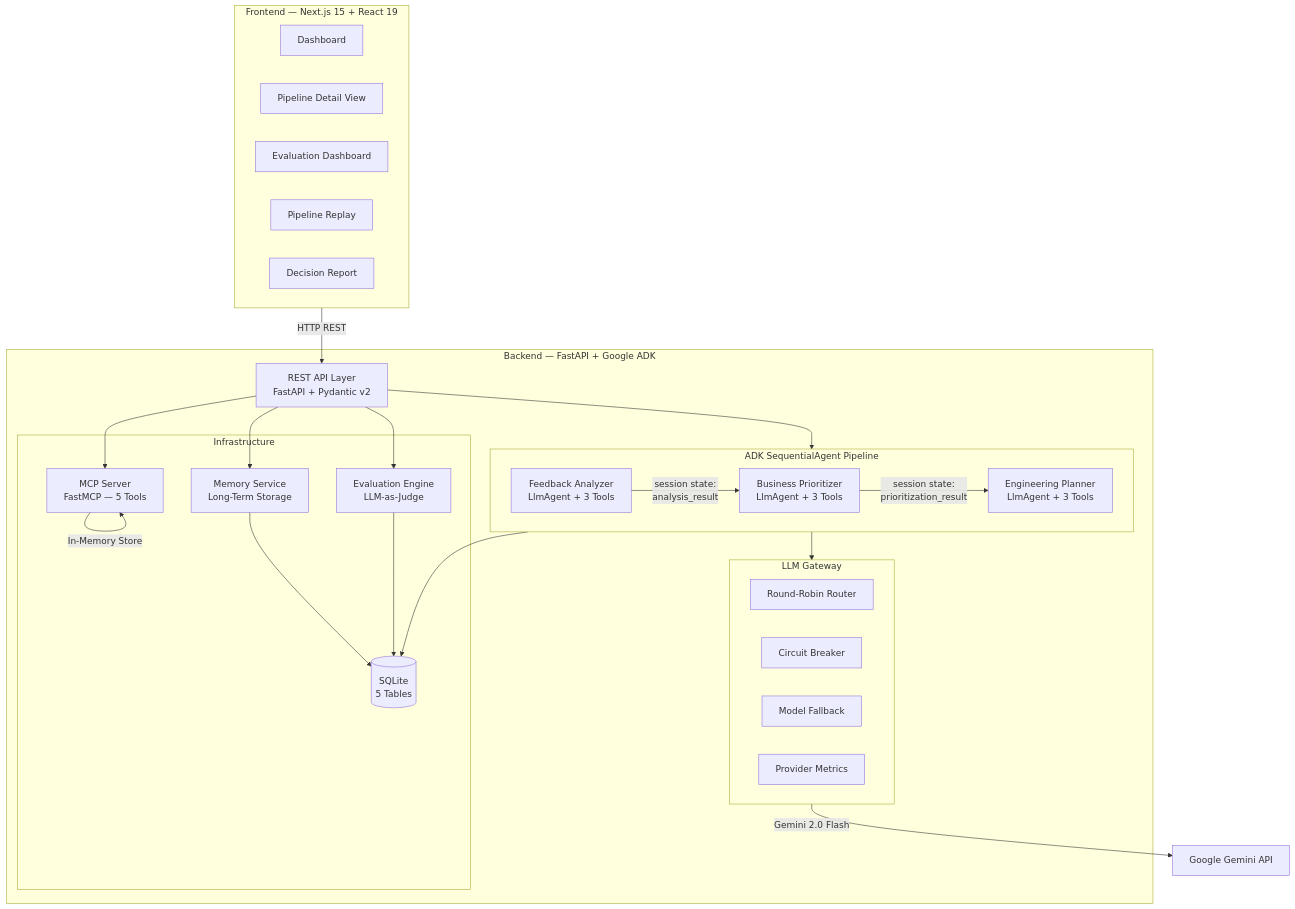
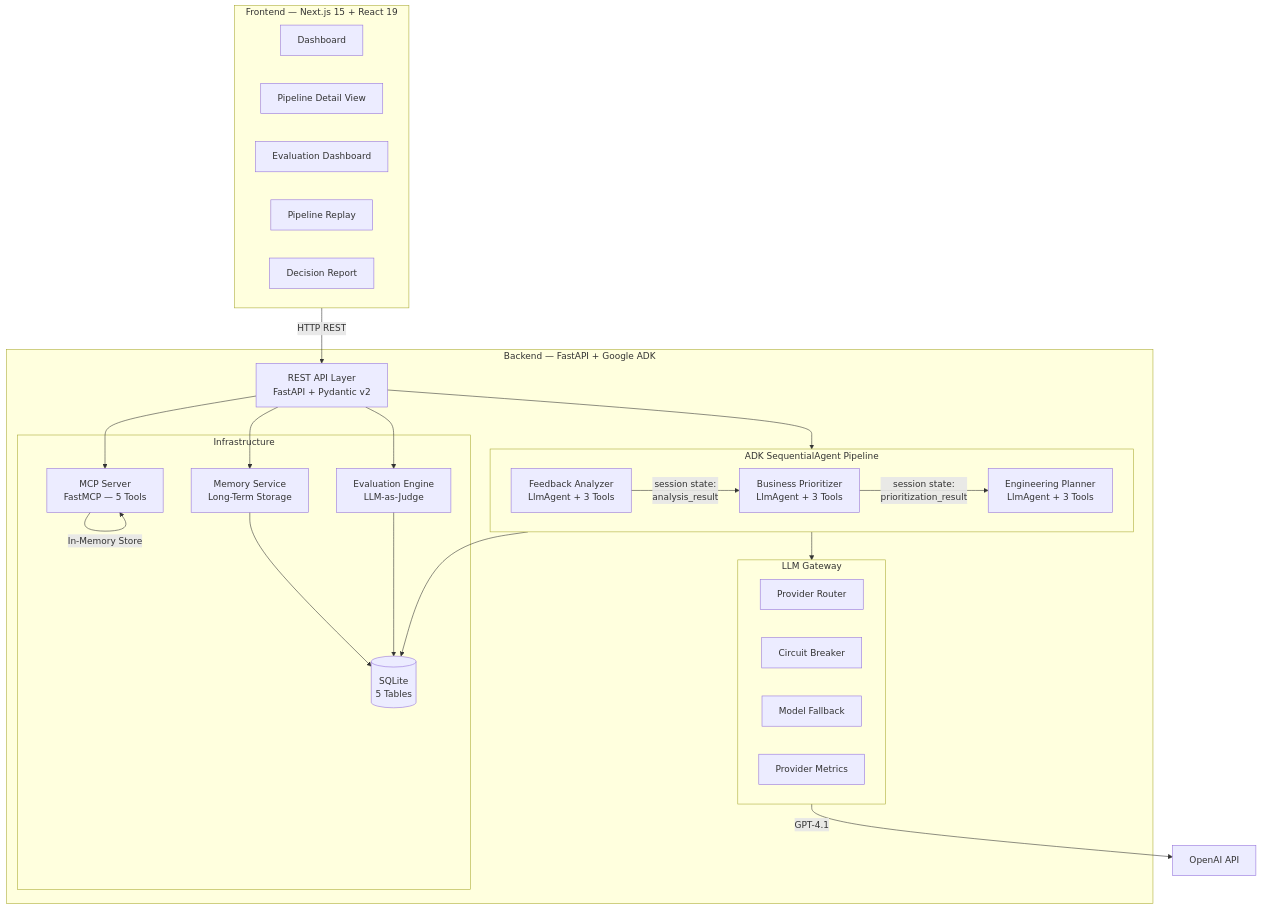
Before and after one commit to amitwaghmare888/ProductOps-AI: the second of 7 diagrams in README.md, drawn with Mermaid. The commit also changed other lines of this file, not shown here.

````diff
--- a/README.md
+++ b/README.md
@@ -90,48 +99,48 @@
 ```mermaid
 graph TB
     subgraph Client["Frontend — Next.js 15 + React 19"]
         D[Dashboard]
         PD[Pipeline Detail View]
         EV[Evaluation Dashboard]
         RP[Pipeline Replay]
         DR[Decision Report]
     end
 
     subgraph Backend["Backend — FastAPI + Google ADK"]
         API[REST API Layer<br/>FastAPI + Pydantic v2]
 
         subgraph Pipeline["ADK SequentialAgent Pipeline"]
             A1[Feedback Analyzer<br/>LlmAgent + 3 Tools]
             A2[Business Prioritizer<br/>LlmAgent + 3 Tools]
             A3[Engineering Planner<br/>LlmAgent + 3 Tools]
             A1 -->|session state:<br/>analysis_result| A2
             A2 -->|session state:<br/>prioritization_result| A3
         end
 
         subgraph Gateway["LLM Gateway"]
-            GW[Round-Robin Router]
+            GW[Provider Router]
             CB[Circuit Breaker]
             MF[Model Fallback]
             PM[Provider Metrics]
         end
 
         subgraph Infra["Infrastructure"]
             MCP[MCP Server<br/>FastMCP — 5 Tools]
             MEM[Memory Service<br/>Long-Term Storage]
             EVAL[Evaluation Engine<br/>LLM-as-Judge]
             DB[(SQLite<br/>5 Tables)]
         end
     end
 
     Client -->|HTTP REST| API
     API --> Pipeline
     Pipeline --> Gateway
-    Gateway -->|Gemini 2.0 Flash| LLM[Google Gemini API]
+    Gateway -->|GPT-4.1| LLM[OpenAI API]
     API --> MCP
     API --> MEM
     API --> EVAL
     Pipeline --> DB
     MEM --> DB
     EVAL --> DB
     MCP -->|In-Memory Store| MCP
 ```
````
